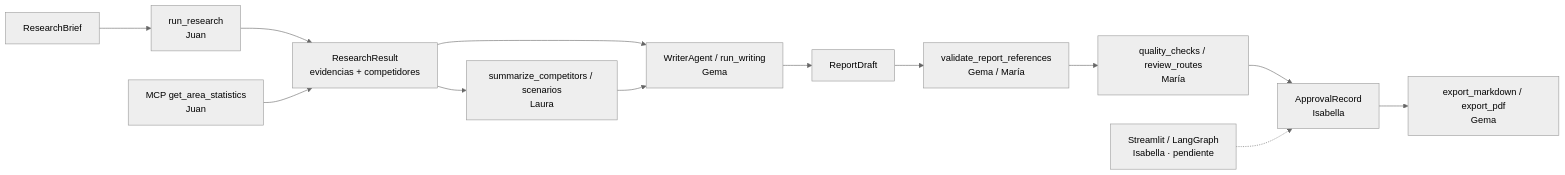
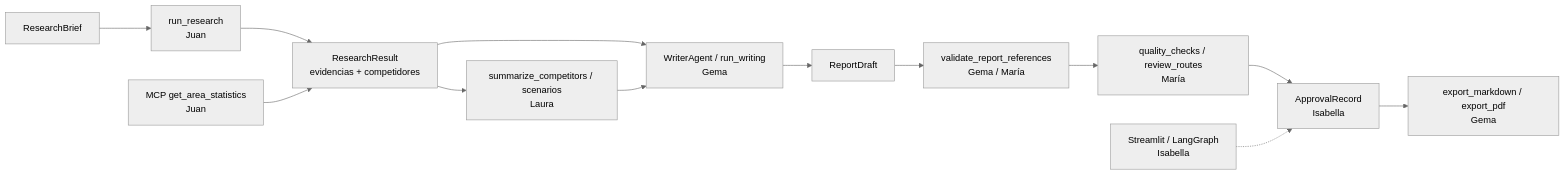
The diagram in README.md (Isabela-Tellez/FitFamily), drawn with Mermaid (neutral theme) before and after one commit. The commit also changed other lines of this file and 3 other files, not shown here.

````diff
--- a/README.md
+++ b/README.md
@@ -112,15 +110,15 @@
 ```mermaid
 flowchart LR
     A[ResearchBrief] --> B[run_research<br/>Juan]
     B --> C[ResearchResult<br/>evidencias + competidores]
     C --> D[summarize_competitors / scenarios<br/>Laura]
     C --> E[WriterAgent / run_writing<br/>Gema]
     D --> E
     E --> F[ReportDraft]
     F --> G[validate_report_references<br/>Gema / María]
     G --> H[quality_checks / review_routes<br/>María]
     H --> I[ApprovalRecord<br/>Isabella]
     I --> J[export_markdown / export_pdf<br/>Gema]
     K[MCP get_area_statistics<br/>Juan] --> C
-    L[Streamlit / LangGraph<br/>Isabella · pendiente] -.-> I
+    L[Streamlit / LangGraph<br/>Isabella] -.-> I
 ```
````
